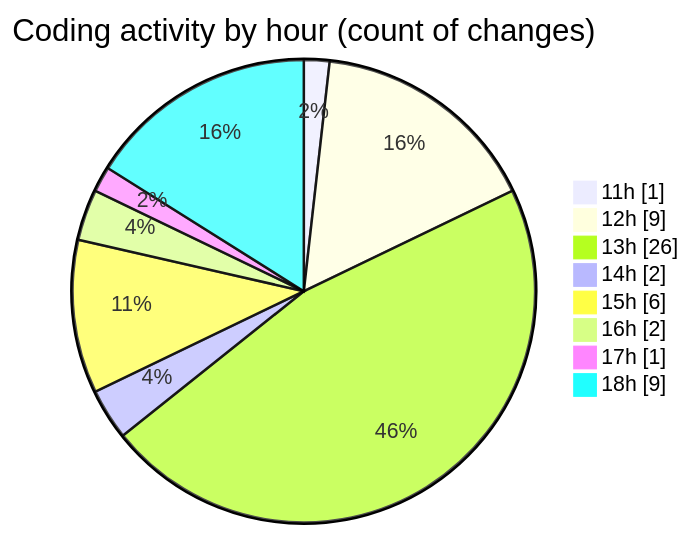
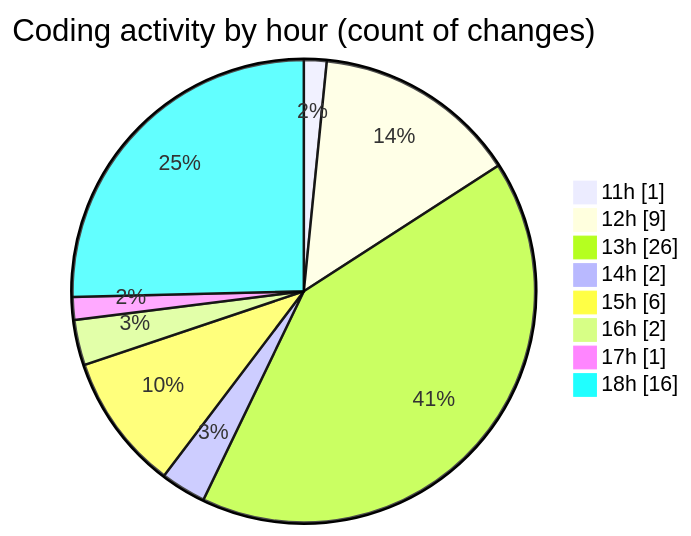
Before and after one commit to nxtqubesakshisongat/code-tracking: the second of 2 diagrams in 2025-11-04/nxtqube_webapp/README.md, drawn with Mermaid. The commit also changed other lines of this file and 1 other file, not shown here.

````diff
--- a/2025-11-04/nxtqube_webapp/README.md
+++ b/2025-11-04/nxtqube_webapp/README.md
@@ -32,12 +32,12 @@
 ```mermaid
 pie showData
 title Coding activity by hour (count of changes)
 "11h" : 1
 "12h" : 9
 "13h" : 26
 "14h" : 2
 "15h" : 6
 "16h" : 2
 "17h" : 1
-"18h" : 9
+"18h" : 16
 ```
````
